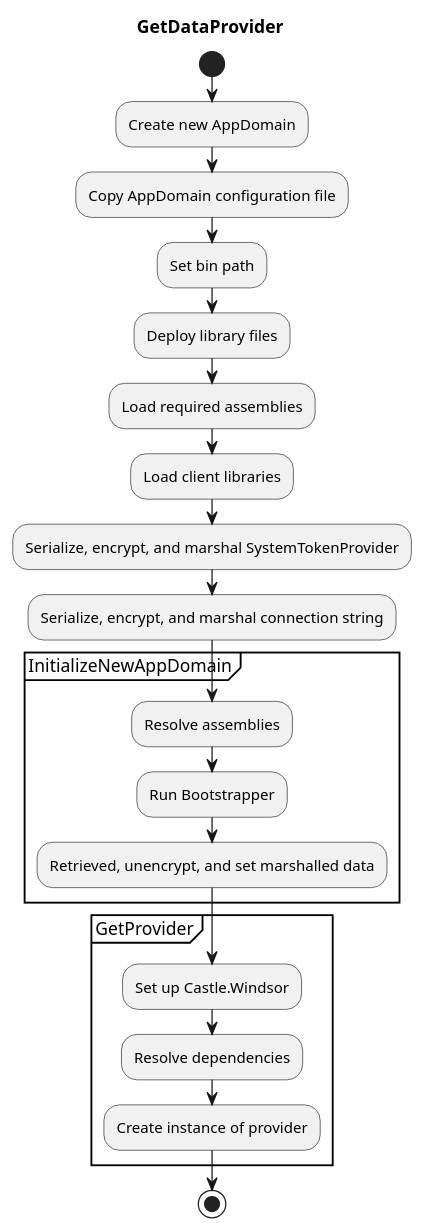
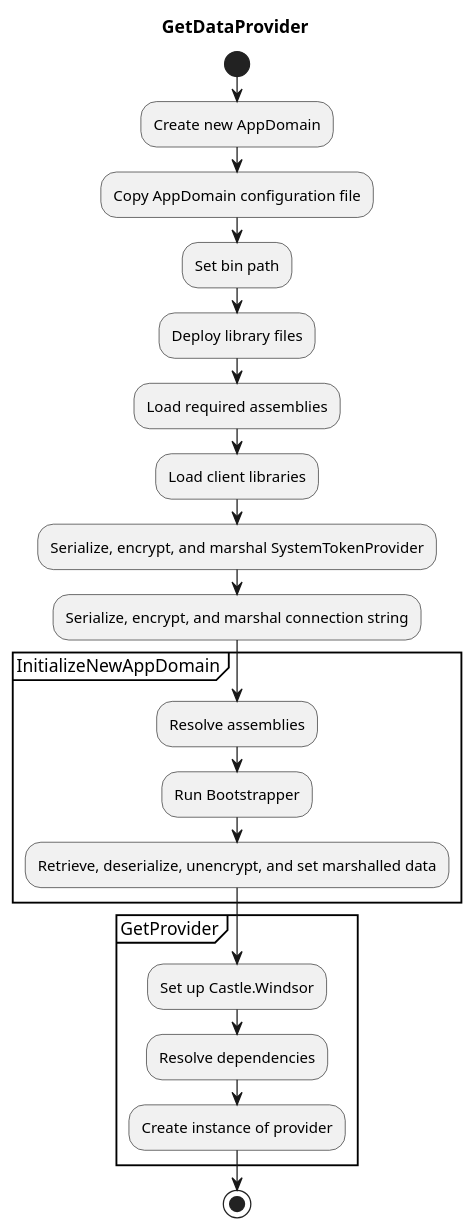
One commit to relativityone/server-integrationpoints-integrationpoints changed the diagram in documentation/GetDataProvider.pu. Above: the diagram before and after it, drawn with PlantUML. The commit also changed 2 other files, not shown here.

Commit message:
Small updates to GetDataProvider, SyncManager, and SyncWorker diagrams as per code reviews
--HG--
branch : feature-UrsaMinor

```diff
--- a/documentation/GetDataProvider.pu
+++ b/documentation/GetDataProvider.pu
@@ -1,28 +1,28 @@
 @startuml
 
 title GetDataProvider
 
 start
 
 :Create new AppDomain;
 :Copy AppDomain configuration file;
 :Set bin path;
 :Deploy library files;
 :Load required assemblies;
 :Load client libraries;
 :Serialize, encrypt, and marshal SystemTokenProvider;
 :Serialize, encrypt, and marshal connection string;
 partition InitializeNewAppDomain {
 	:Resolve assemblies;
 	:Run Bootstrapper;
-	:Retrieved, unencrypt, and set marshalled data;
+	:Retrieve, deserialize, unencrypt, and set marshalled data;
 }
 partition GetProvider {
 	:Set up Castle.Windsor;
     :Resolve dependencies;
     :Create instance of provider;
 }
 	
 stop
 
 @enduml
```
